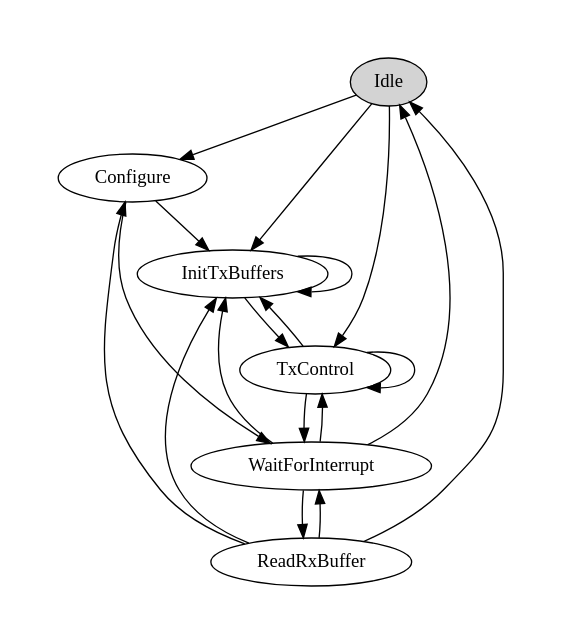
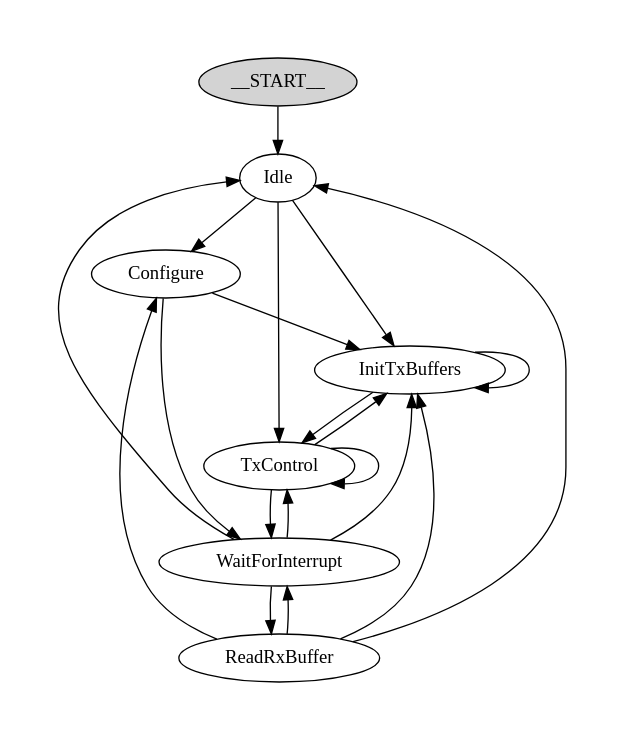
One commit to stepannotuser/ugrasp_mode changed the diagram in examples/sw_ctrl/sw_control/src/sv/sw_control_graphviz.dot. Above: the diagram before and after it, drawn with Graphviz. The commit also changed 39 other files, not shown here.

```diff
--- a/examples/sw_ctrl/sw_control/src/sv/sw_control_graphviz.dot
+++ b/examples/sw_ctrl/sw_control/src/sv/sw_control_graphviz.dot
@@ -1,26 +1,27 @@
 // SVGraph sw_control
 // File    sw_control_graphviz.dot
 
 
 digraph sw_control {
   pad="0.5"
-  Idle [fillcolor=lightgrey style=filled]
+  __START__ [fillcolor=lightgrey style=filled]
   Idle -> Configure;
+  Idle -> InitTxBuffers;
+  Idle -> TxControl;
   Configure -> InitTxBuffers;
   Configure -> WaitForInterrupt;
   InitTxBuffers -> TxControl;
+  InitTxBuffers -> InitTxBuffers;
   TxControl -> WaitForInterrupt;
+  TxControl -> TxControl;
+  TxControl -> InitTxBuffers;
   WaitForInterrupt -> ReadRxBuffer;
   WaitForInterrupt -> InitTxBuffers;
   WaitForInterrupt -> Idle;
   WaitForInterrupt -> TxControl;
   ReadRxBuffer -> Idle;
   ReadRxBuffer -> Configure;
   ReadRxBuffer -> InitTxBuffers;
   ReadRxBuffer -> WaitForInterrupt;
-  Idle -> InitTxBuffers;
-  Idle -> TxControl;
-  InitTxBuffers -> InitTxBuffers;
-  TxControl -> TxControl;
-  TxControl -> InitTxBuffers;
+  __START__ -> Idle;
 }
```
